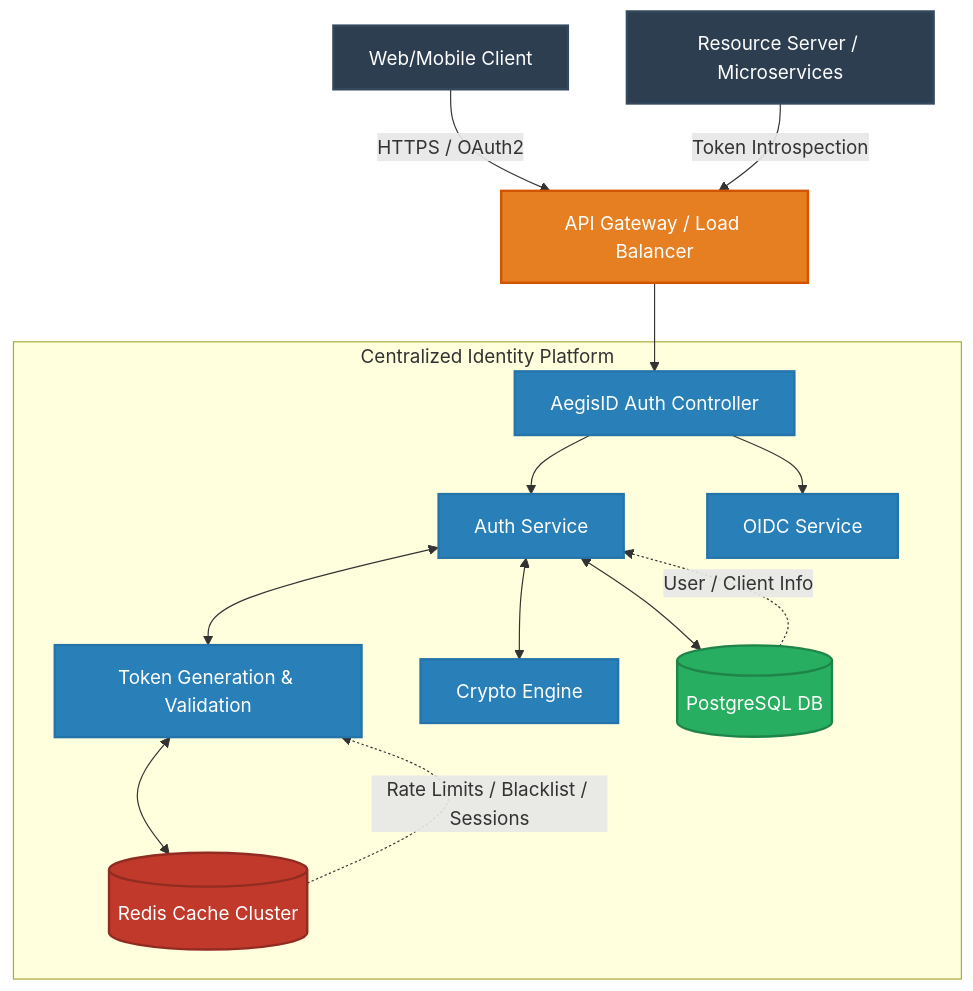
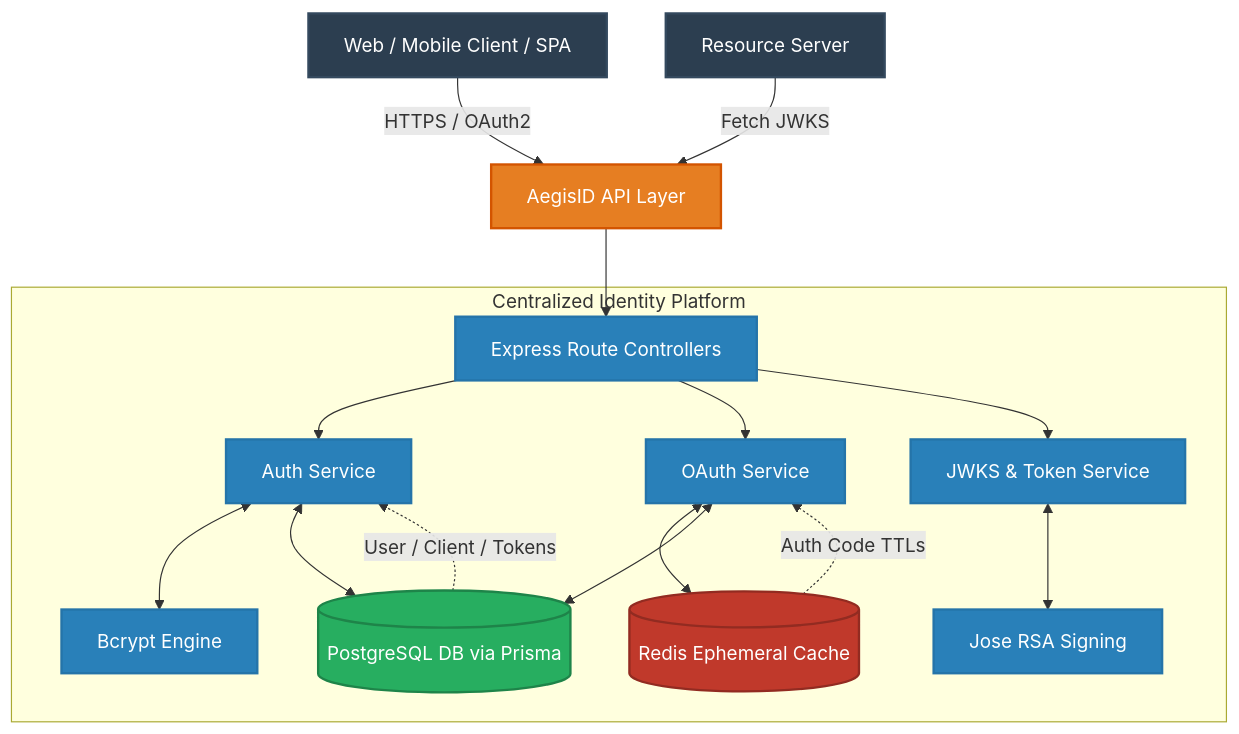
The first of 7 diagrams in README.md (ayushsinghh0/just-doing-some-todo), drawn with Mermaid before and after one commit. The commit also changed other lines of this file, not shown here.

````diff
--- a/README.md
+++ b/README.md
@@ -56,27 +52,29 @@
 ```mermaid
 graph TD
     classDef client fill:#2C3E50,stroke:#34495E,stroke-width:2px,color:#fff;
     classDef boundary fill:#E67E22,stroke:#D35400,stroke-width:2px,color:#fff;
     classDef core fill:#2980B9,stroke:#2574A9,stroke-width:2px,color:#fff;
     classDef database fill:#27AE60,stroke:#1E8449,stroke-width:2px,color:#fff;
     classDef cache fill:#C0392B,stroke:#922B21,stroke-width:2px,color:#fff;
 
-    Client[Web/Mobile Client]:::client -->|HTTPS / OAuth2| API[API Gateway / Load Balancer]:::boundary
-    Resource[Resource Server / Microservices]:::client -->|Token Introspection| API
+    Client[Web / Mobile Client / SPA]:::client -->|HTTPS / OAuth2| API[AegisID API Layer]:::boundary
+    Resource[Resource Server]:::client -->|Fetch JWKS| API
     
-    API --> Controller[AegisID Auth Controller]:::core
+    API --> Routes[Express Route Controllers]:::core
     
-    subgraph AegisID Cluster [Centralized Identity Platform]
-        Controller --> AuthService[Auth Service]:::core
-        Controller --> OIDCService[OIDC Service]:::core
+    subgraph AegisID Node Cluster [Centralized Identity Platform]
+        Routes --> AuthService[Auth Service]:::core
+        Routes --> OauthService[OAuth Service]:::core
+        Routes --> JWKSService[JWKS & Token Service]:::core
         
-        AuthService <--> TokenService[Token Generation & Validation]:::core
-        AuthService <--> Crypto[Crypto Engine]:::core
+        AuthService <--> Crypto[Bcrypt Engine]:::core
+        JWKSService <--> Jose[Jose RSA Signing]:::core
         
-        TokenService <--> Redis[(Redis Cache Cluster)]:::cache
-        AuthService <--> Postgres[(PostgreSQL DB)]:::database
+        OauthService <--> Redis[(Redis Ephemeral Cache)]:::cache
+        AuthService <--> Postgres[(PostgreSQL DB via Prisma)]:::database
+        OauthService <--> Postgres
     end
     
-    Redis -.->|Rate Limits / Blacklist / Sessions| TokenService
-    Postgres -.->|User / Client Info| AuthService
+    Redis -.->|Auth Code TTLs| OauthService
+    Postgres -.->|User / Client / Tokens| AuthService
 ```
````
